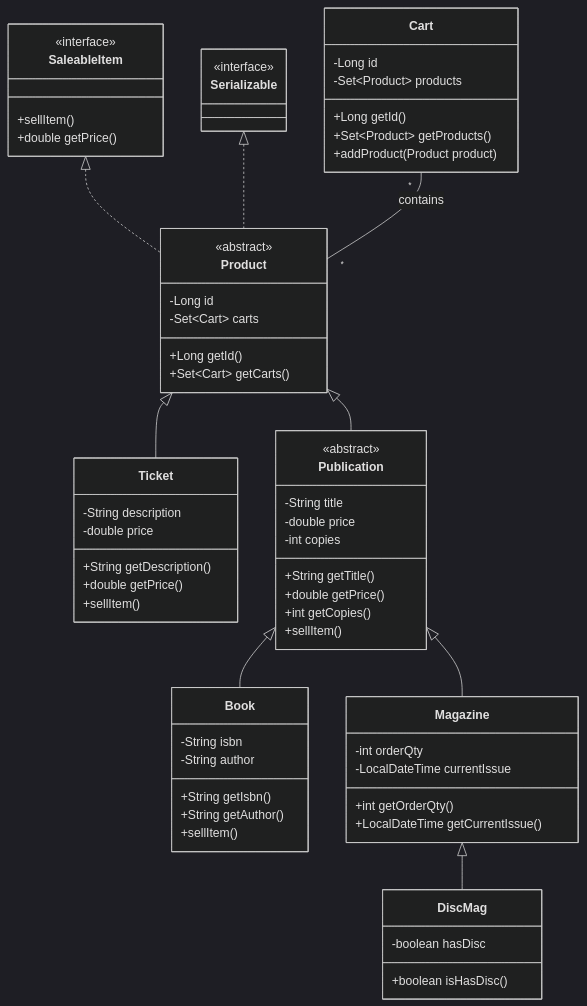
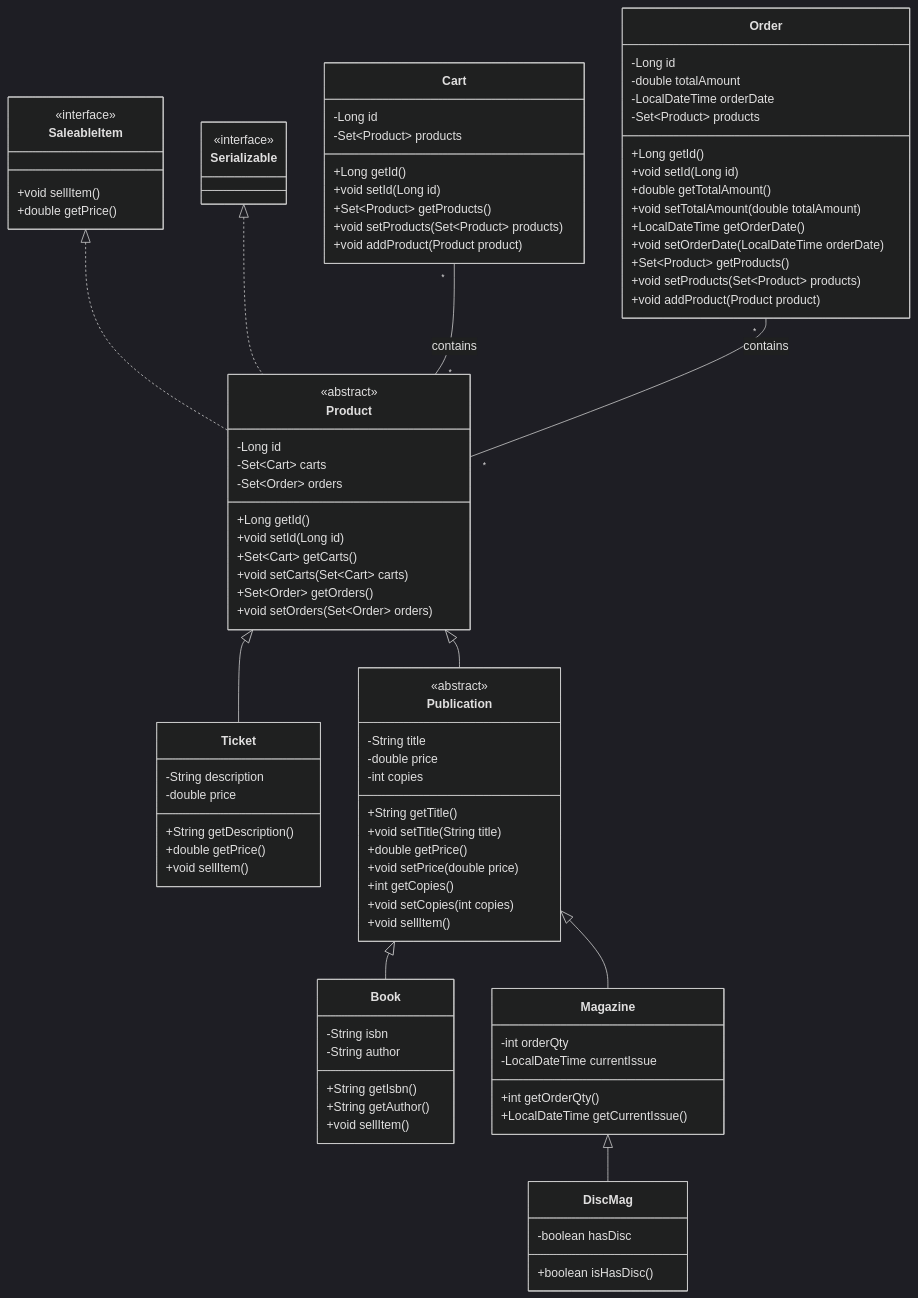
Before and after one commit to gaganjohal07/csd230_w26.lab1.GagandeepSingh: the diagram in documentation/bookstore.f25-2025-11-17-211001.mmd, drawn with Mermaid (dark theme). The commit also changed 9 other files, not shown here.

```diff
--- a/documentation/bookstore.f25-2025-11-17-211001.mmd
+++ b/documentation/bookstore.f25-2025-11-17-211001.mmd
@@ -1,77 +1,104 @@
 classDiagram
 
     Product <|-- Ticket
     Product <|-- Publication
     Publication <|-- Book
     Publication <|-- Magazine
     Magazine <|-- DiscMag
 
     SaleableItem <|.. Product
     Serializable <|.. Product
 
     Cart "*" -- "*" Product : contains
+    Order "*" -- "*" Product : contains
 
     class Product {
         <<abstract>>
         -Long id
         -Set~Cart~ carts
+        -Set~Order~ orders
         +Long getId()
+        +void setId(Long id)
         +Set~Cart~ getCarts()
+        +void setCarts(Set~Cart~ carts)
+        +Set~Order~ getOrders()
+        +void setOrders(Set~Order~ orders)
     }
 
     class Cart {
         -Long id
         -Set~Product~ products
         +Long getId()
+        +void setId(Long id)
         +Set~Product~ getProducts()
-        +addProduct(Product product)
+        +void setProducts(Set~Product~ products)
+        +void addProduct(Product product)
+    }
+
+    class Order {
+        -Long id
+        -double totalAmount
+        -LocalDateTime orderDate
+        -Set~Product~ products
+        +Long getId()
+        +void setId(Long id)
+        +double getTotalAmount()
+        +void setTotalAmount(double totalAmount)
+        +LocalDateTime getOrderDate()
+        +void setOrderDate(LocalDateTime orderDate)
+        +Set~Product~ getProducts()
+        +void setProducts(Set~Product~ products)
+        +void addProduct(Product product)
     }
 
     class Publication {
         <<abstract>>
         -String title
         -double price
         -int copies
         +String getTitle()
+        +void setTitle(String title)
         +double getPrice()
+        +void setPrice(double price)
         +int getCopies()
-        +sellItem()
+        +void setCopies(int copies)
+        +void sellItem()
     }
 
     class Book {
         -String isbn
         -String author
         +String getIsbn()
         +String getAuthor()
-        +sellItem()
+        +void sellItem()
     }
 
     class Magazine {
         -int orderQty
         -LocalDateTime currentIssue
         +int getOrderQty()
         +LocalDateTime getCurrentIssue()
     }
 
     class DiscMag {
         -boolean hasDisc
         +boolean isHasDisc()
     }
 
     class Ticket {
         -String description
         -double price
         +String getDescription()
         +double getPrice()
-        +sellItem()
+        +void sellItem()
     }
 
     class SaleableItem {
         <<interface>>
-        +sellItem()
+        +void sellItem()
         +double getPrice()
     }
 
     class Serializable {
         <<interface>>
     }
```
